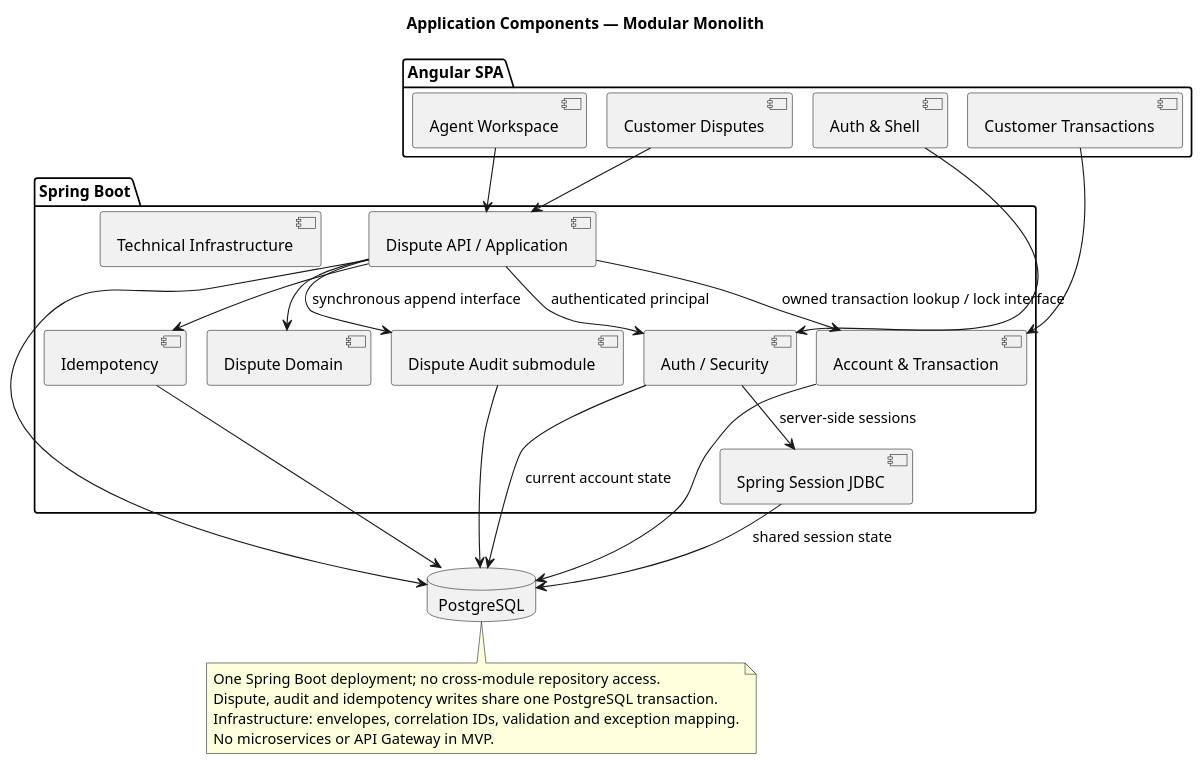
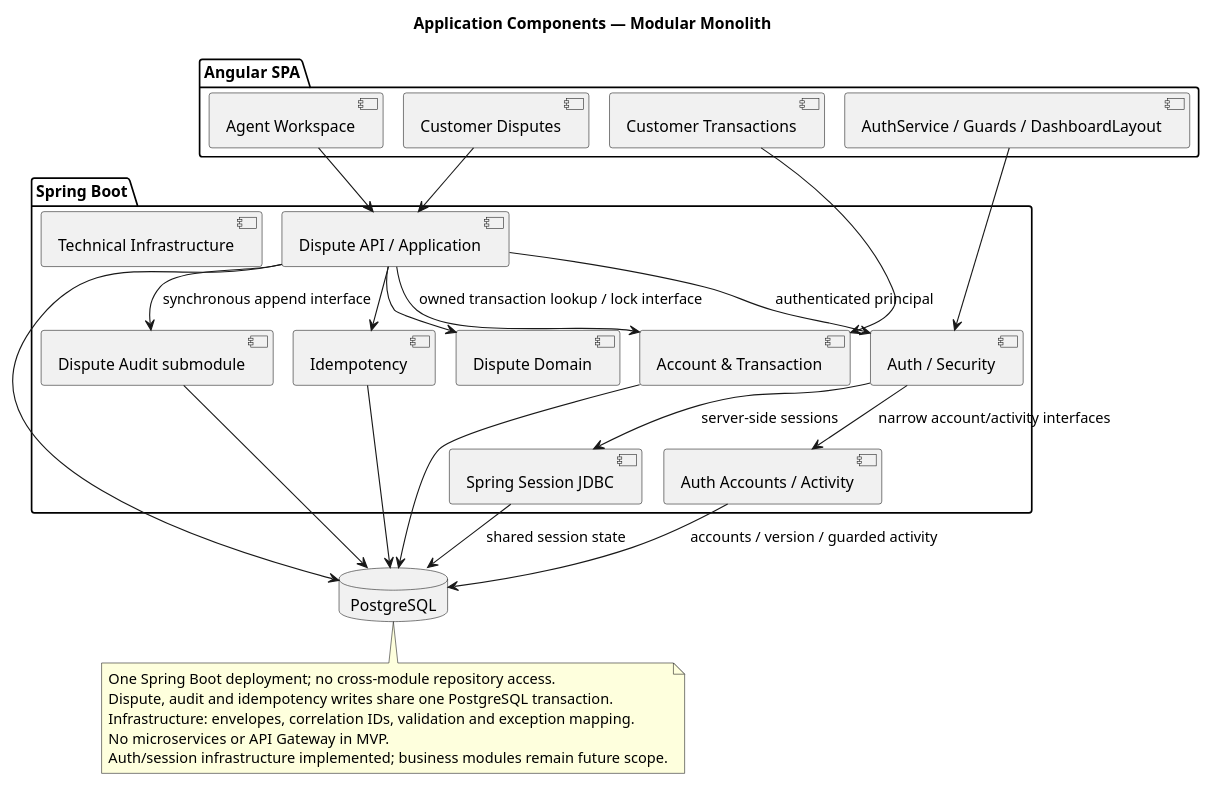
One commit to DonaldMbara/transaction-dispute-portal changed the diagram in docs/design/plantuml/components.puml. Above: the diagram before and after it, drawn with PlantUML. The commit also changed 149 other files, not shown here.

Commit message:
feat(auth): add stateful session authentication and RBAC

```diff
--- a/docs/design/plantuml/components.puml
+++ b/docs/design/plantuml/components.puml
@@ -1,44 +1,47 @@
 @startuml
 !pragma layout smetana
 title Application Components — Modular Monolith
 package "Angular SPA" {
-  [Auth & Shell] as authui
+  [AuthService / Guards / DashboardLayout] as authui
   [Customer Transactions] as txui
   [Customer Disputes] as dui
   [Agent Workspace] as aui
 }
 package "Spring Boot" {
   [Auth / Security] as sec
   [Spring Session JDBC] as sessions
+  [Auth Accounts / Activity] as authstore
   [Account & Transaction] as trans
   [Dispute API / Application] as app
   [Dispute Domain] as domain
   [Dispute Audit submodule] as audit
   [Idempotency] as idem
   [Technical Infrastructure] as infra
 }
 database PostgreSQL
 authui --> sec
 txui --> trans
 dui --> app
 aui --> app
 app --> sec : authenticated principal
 app --> trans : owned transaction lookup / lock interface
 app --> domain
 app --> audit : synchronous append interface
 
 app --> idem
 sec --> sessions : server-side sessions
 sessions --> PostgreSQL : shared session state
-sec --> PostgreSQL : current account state
+sec --> authstore : narrow account/activity interfaces
+authstore --> PostgreSQL : accounts / version / guarded activity
 trans --> PostgreSQL
 app --> PostgreSQL
 audit --> PostgreSQL
 idem --> PostgreSQL
 note bottom
 One Spring Boot deployment; no cross-module repository access.
 Dispute, audit and idempotency writes share one PostgreSQL transaction.
 Infrastructure: envelopes, correlation IDs, validation and exception mapping.
 No microservices or API Gateway in MVP.
+Auth/session infrastructure implemented; business modules remain future scope.
 end note
 @enduml
```
